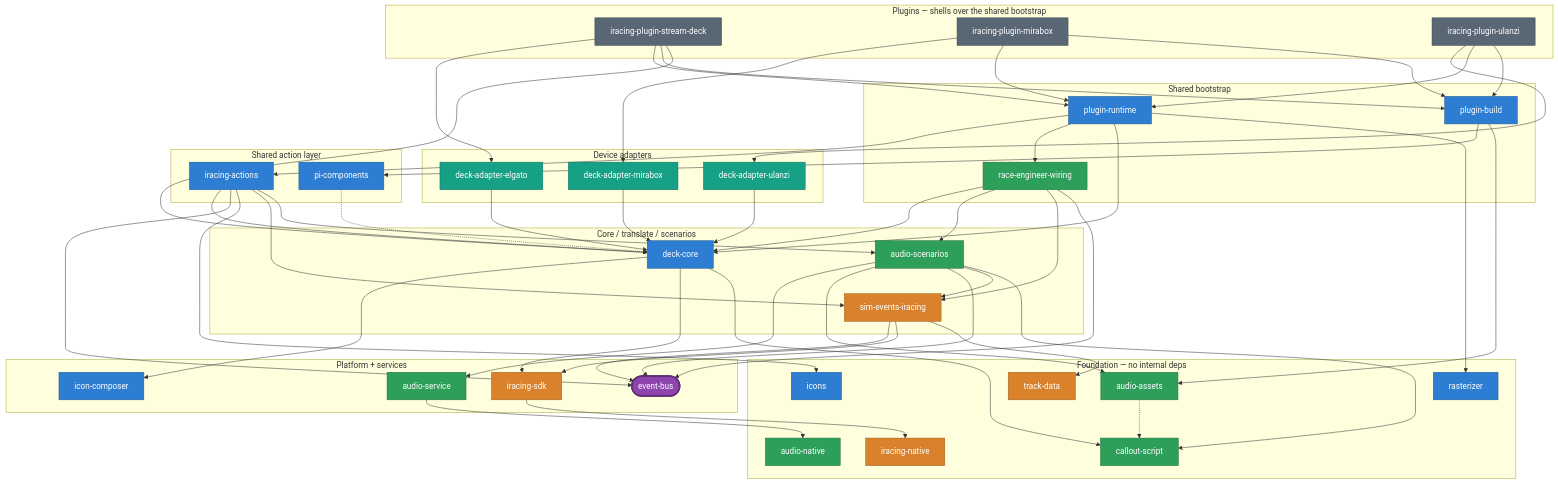
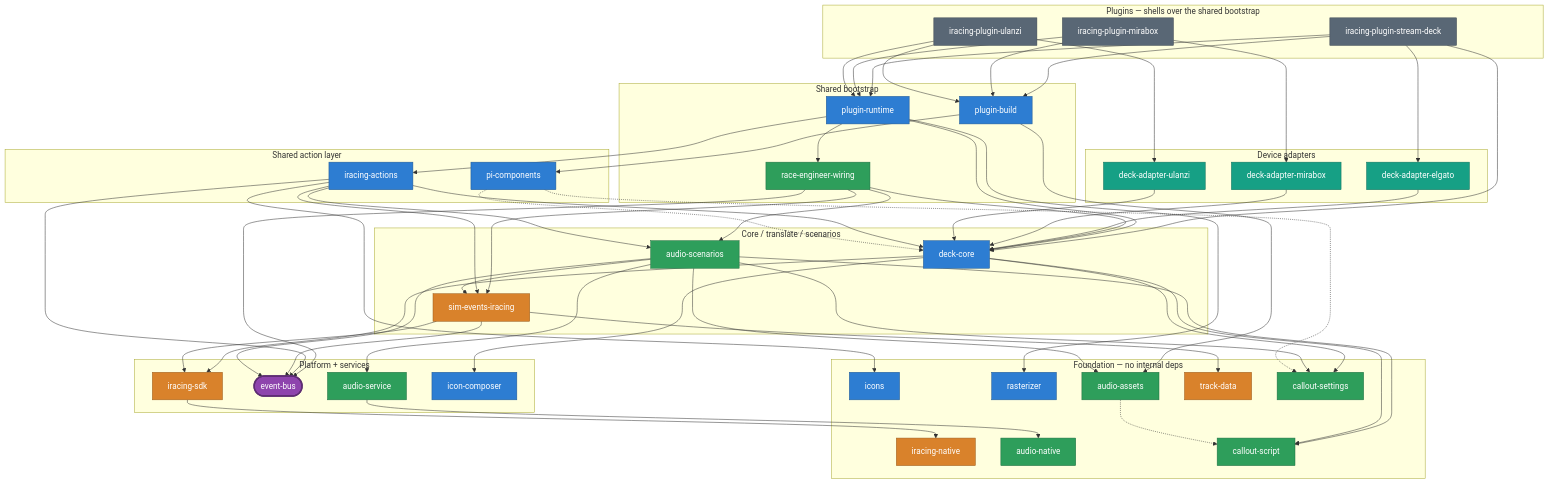
Before and after one commit to niklam/iracedeck: the eighth of 8 diagrams in packages/website/src/content/docs/docs/development/architecture.md, drawn with Mermaid. The commit also changed other lines of this file and 126 other files, not shown here.

First line of the commit message:
refactor(callout-settings): declare every Race Engineer callout opt-in once (#1350) (#1362)

```diff
--- a/packages/website/src/content/docs/docs/development/architecture.md
+++ b/packages/website/src/content/docs/docs/development/architecture.md
@@ -339,6 +339,7 @@
     aasset["audio-assets"]:::audio
     tdata["track-data"]:::sim
     cscript["callout-script"]:::audio
+    csettings["callout-settings"]:::audio
   end
 
   psd --> aelg
@@ -387,6 +388,9 @@
   asc --> cscript
   dc --> cscript
   aasset -.-> cscript
+  dc --> csettings
+  asc --> csettings
+  pic -.-> csettings
 
   sdk --> pinat
   asv --> anat
```
